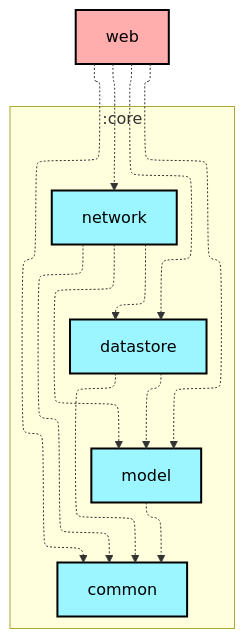
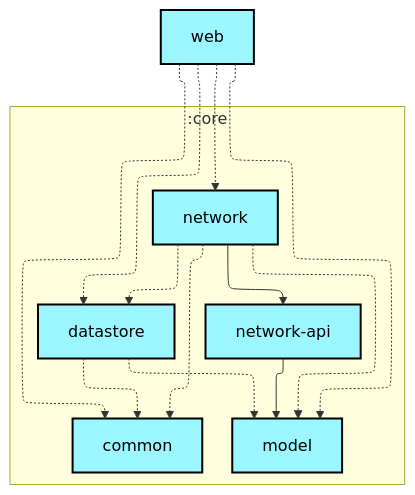
One commit to woods-marshes/chat-multiplatform changed the first of 2 diagrams in web/README.md. Above: the diagram before and after it, drawn with Mermaid. The commit also changed other lines of this file and 26 other files, not shown here.

First line of the commit message:
build: fix module graph plugin detection and refresh READMEs

````diff
--- a/web/README.md
+++ b/web/README.md
@@ -6,33 +6,37 @@
 ```mermaid
 ---
 config:
   layout: elk
   elk:
     nodePlacementStrategy: SIMPLE
 ---
 graph TB
   subgraph :core
     direction TB
     :core:common[common]:::kotlin-multiplatform
     :core:datastore[datastore]:::kotlin-multiplatform
     :core:model[model]:::kotlin-multiplatform
     :core:network[network]:::kotlin-multiplatform
+    :core:network-api[network-api]:::kotlin-multiplatform
   end
-  :web[web]:::unknown
+  :web[web]:::kotlin-multiplatform
 
   :core:datastore -.-> :core:common
   :core:datastore -.-> :core:model
-  :core:model -.-> :core:common
   :core:network -.-> :core:common
   :core:network -.-> :core:datastore
   :core:network -.-> :core:model
+  :core:network --> :core:network-api
+  :core:network-api --> :core:model
   :web -.-> :core:common
   :web -.-> :core:datastore
   :web -.-> :core:model
   :web -.-> :core:network
 
 classDef android-application fill:#CAFFBF,stroke:#000,stroke-width:2px,color:#000;
+classDef desktop-application fill:#BDB2FF,stroke:#000,stroke-width:2px,color:#000;
 classDef compose-multiplatform fill:#FFD6A5,stroke:#000,stroke-width:2px,color:#000;
+classDef ktor-server fill:#FDFFB6,stroke:#000,stroke-width:2px,color:#000;
 classDef kotlin-multiplatform fill:#9BF6FF,stroke:#000,stroke-width:2px,color:#000;
 classDef unknown fill:#FFADAD,stroke:#000,stroke-width:2px,color:#000;
 ```
````
